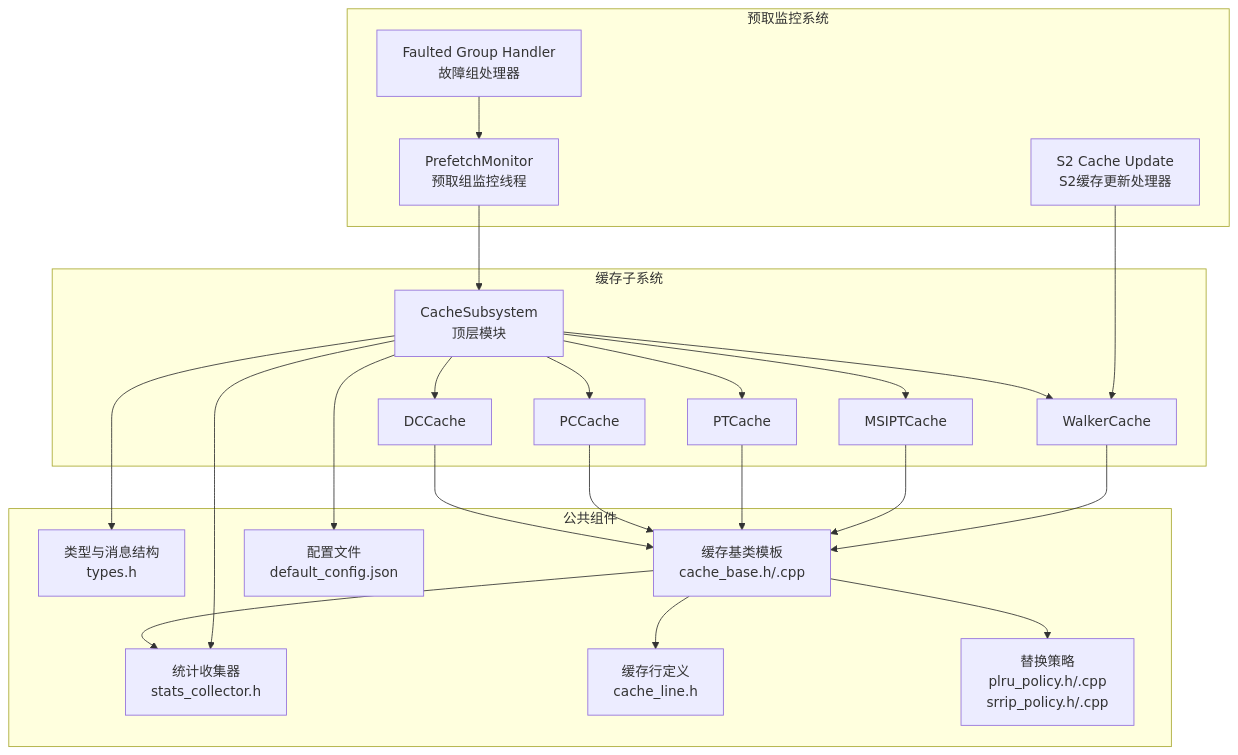
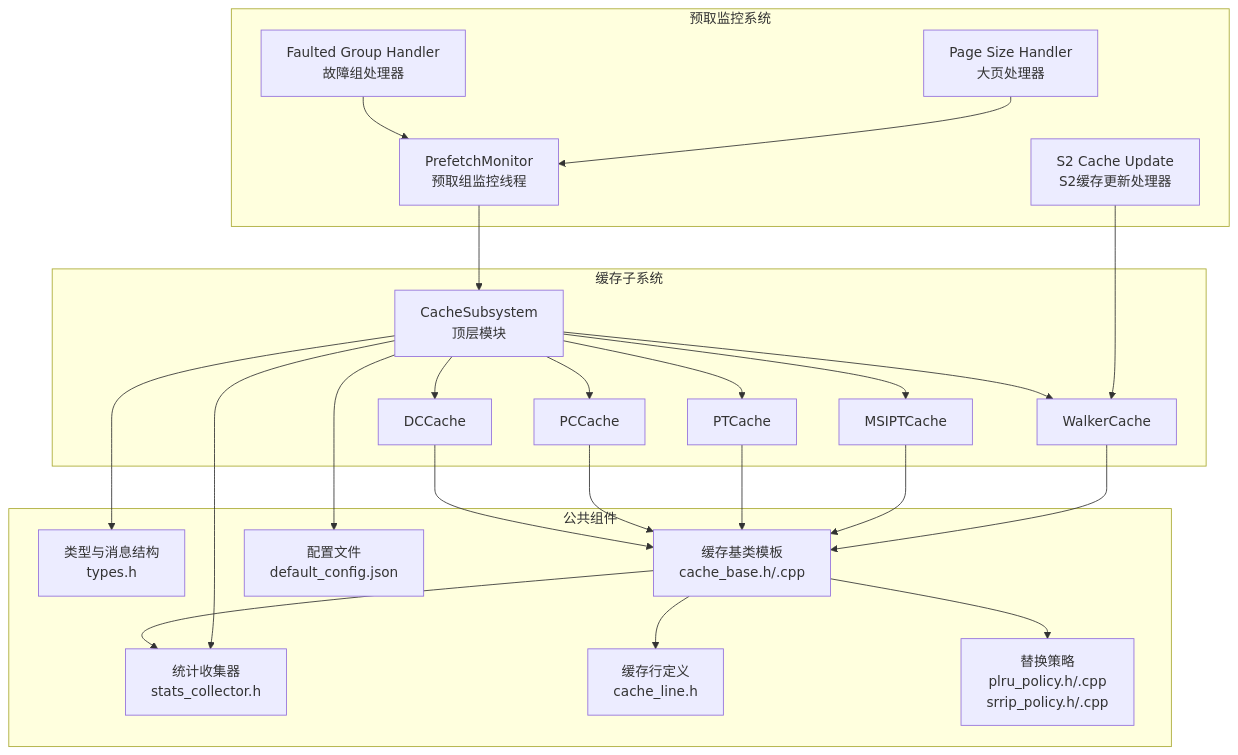
Before and after one commit to jiangjiang1122/iommu_model_20260401_v1: the first of 11 diagrams in .qoder/repowiki/zh/content/缓存系统/缓存系统.md, drawn with Mermaid. The commit also changed other lines of this file and 186 other files, not shown here.

````diff
--- a/.qoder/repowiki/zh/content/缓存系统/缓存系统.md
+++ b/.qoder/repowiki/zh/content/缓存系统/缓存系统.md
@@ -61,43 +61,45 @@
 ```mermaid
 graph TB
 subgraph "缓存子系统"
 CS["CacheSubsystem<br/>顶层模块"]
 DC["DCCache"]
 PC["PCCache"]
 PT["PTCache"]
 MSI["MSIPTCache"]
 WC["WalkerCache"]
 end
 subgraph "预取监控系统"
 PM["PrefetchMonitor<br/>预取组监控线程"]
 S2U["S2 Cache Update<br/>S2缓存更新处理器"]
 FDH["Faulted Group Handler<br/>故障组处理器"]
+PG["Page Size Handler<br/>大页处理器"]
 end
 subgraph "公共组件"
 Types["类型与消息结构<br/>types.h"]
 Stats["统计收集器<br/>stats_collector.h"]
 Base["缓存基类模板<br/>cache_base.h/.cpp"]
 Line["缓存行定义<br/>cache_line.h"]
 REPL["替换策略<br/>plru_policy.h/.cpp<br/>srrip_policy.h/.cpp"]
 CFG["配置文件<br/>default_config.json"]
 end
 CS --> DC
 CS --> PC
 CS --> PT
 CS --> MSI
 CS --> WC
 PM --> CS
 S2U --> WC
 FDH --> PM
+PG --> PM
 DC --> Base
 PC --> Base
 PT --> Base
 MSI --> Base
 WC --> Base
 Base --> Line
 Base --> REPL
 Base --> Stats
 CS --> Stats
 CS --> Types
 CS --> CFG
 ```
````
